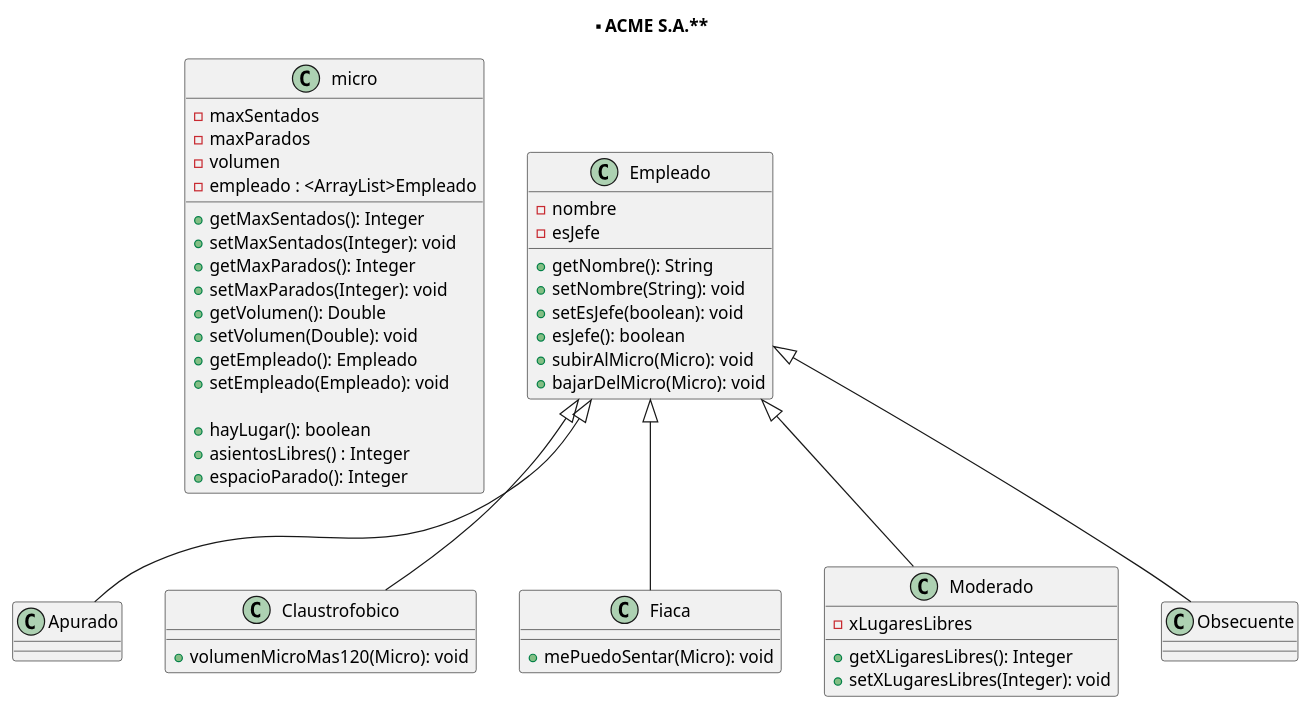
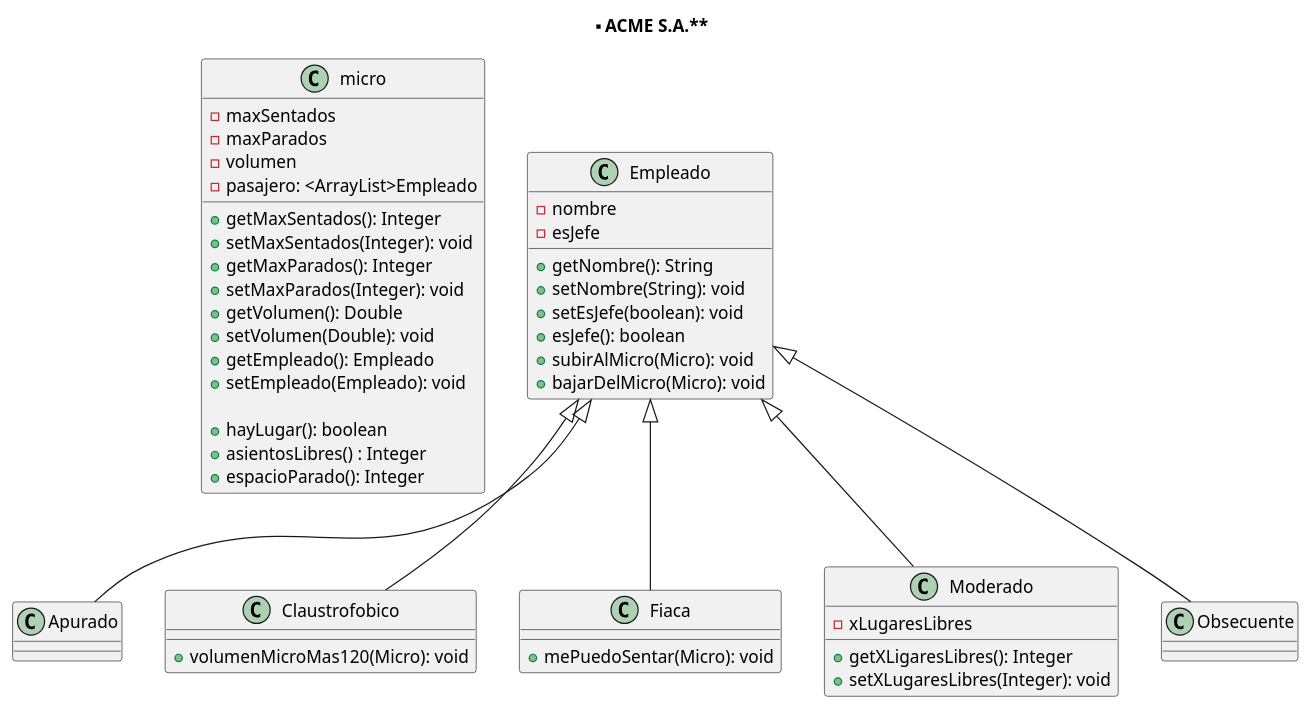
Before and after one commit to LMontes94/ProgIII23: the diagram in Ejercicios/Clase1104/Diagrama/Diagrama.puml, drawn with PlantUML. The commit also changed 2 other files, not shown here.

```diff
--- a/Ejercicios/Clase1104/Diagrama/Diagrama.puml
+++ b/Ejercicios/Clase1104/Diagrama/Diagrama.puml
@@ -1,69 +1,69 @@
 @startuml
 
 title ** ACME S.A.**
 
 Class micro{
    - maxSentados 
    - maxParados 
    - volumen
-   - empleado : <ArrayList>Empleado
+   - pasajero: <ArrayList>Empleado
 
    + getMaxSentados(): Integer  
    + setMaxSentados(Integer): void
    + getMaxParados(): Integer
    + setMaxParados(Integer): void
    + getVolumen(): Double
    + setVolumen(Double): void
    + getEmpleado(): Empleado
    + setEmpleado(Empleado): void
 
    + hayLugar(): boolean
    + asientosLibres() : Integer
    + espacioParado(): Integer  
 
 }
 
 Class Empleado{
     - nombre
     - esJefe
     
     + getNombre(): String 
     + setNombre(String): void
     + setEsJefe(boolean): void
     + esJefe(): boolean
     + subirAlMicro(Micro): void
     + bajarDelMicro(Micro): void
 }
 
 Empleado <|-- Apurado
 Empleado <|-- Claustrofobico
 Empleado <|-- Fiaca
 Empleado <|-- Moderado
 Empleado <|-- Obsecuente
 
 Class Apurado{
 
 }
 
 Class Claustrofobico{
    + volumenMicroMas120(Micro): void
 }
 
 Class Fiaca{
    + mePuedoSentar(Micro): void
 }
 
 Class Moderado{
    - xLugaresLibres
 
    + getXLigaresLibres(): Integer
    + setXLugaresLibres(Integer): void
 }
 
 Class Obsecuente{
 
 }
 
 
 
 @enduml
```
